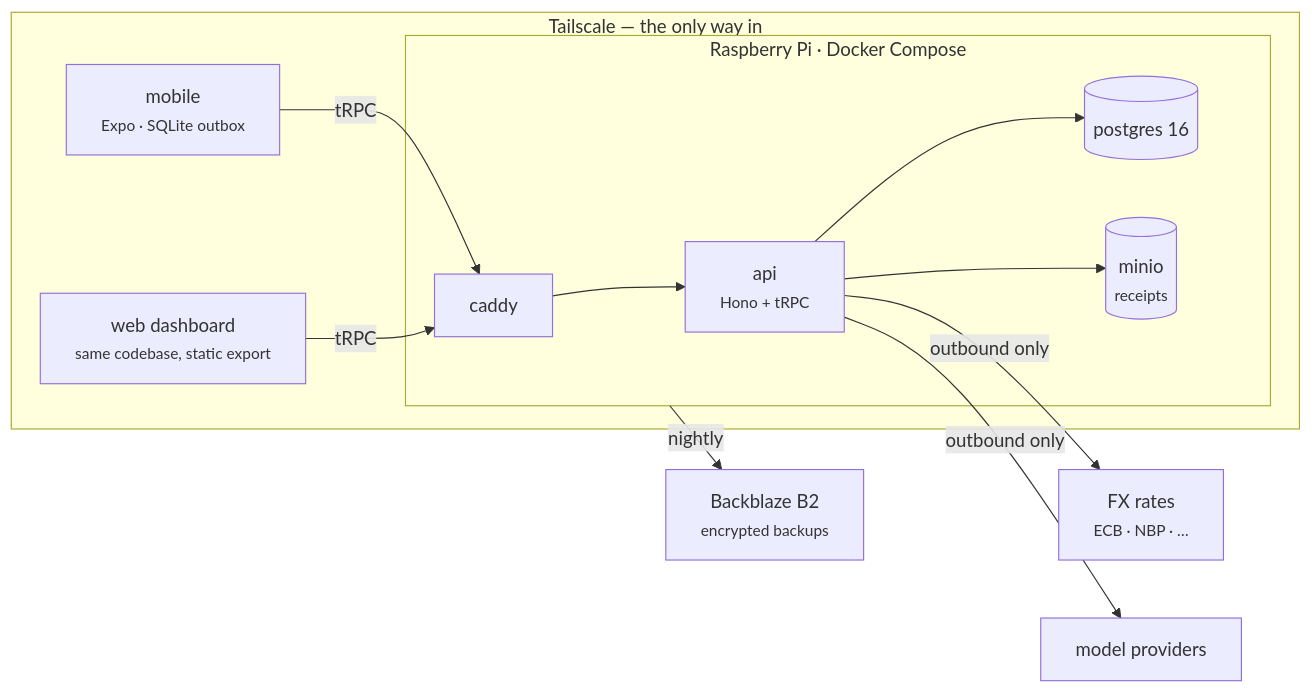
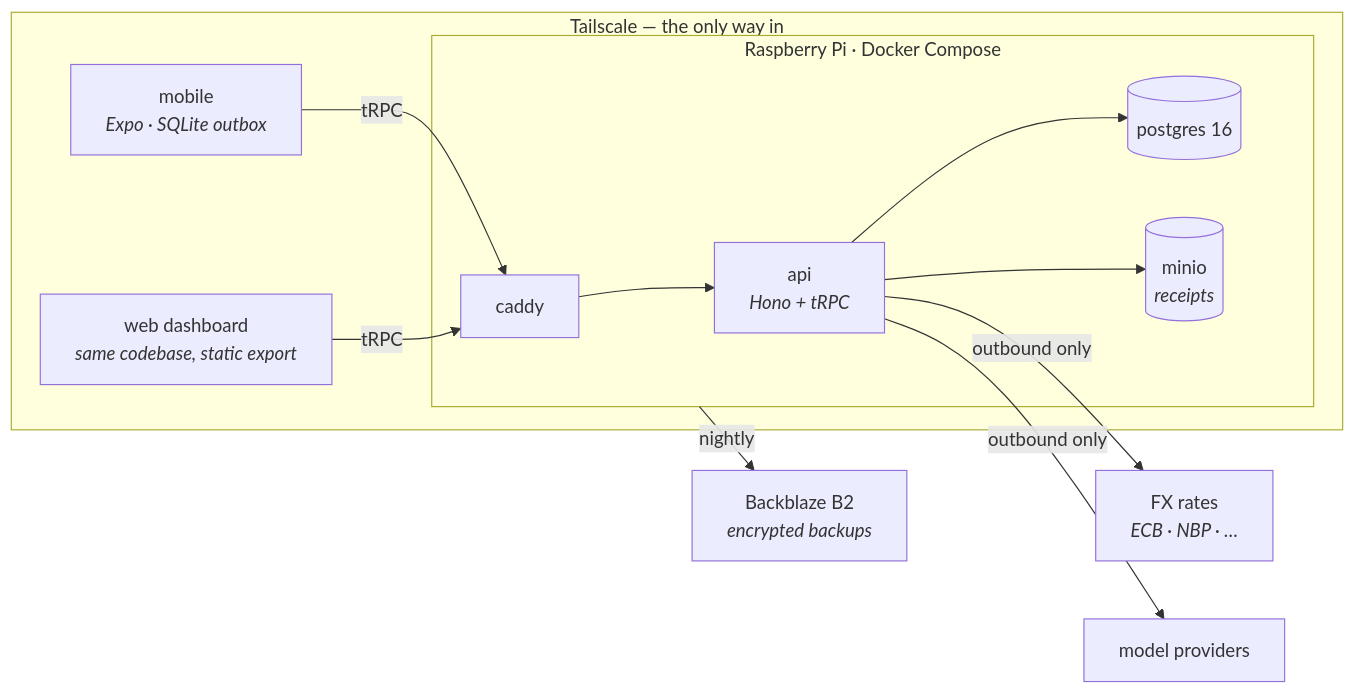
The diagram in README.md (VoltLightning/waltning), drawn with Mermaid before and after one commit. The commit also changed 15 other files, not shown here.

````diff
--- a/README.md
+++ b/README.md
@@ -34,21 +34,21 @@
 ```mermaid
 graph LR
     subgraph tailnet["Tailscale — the only way in"]
-        PHONE["mobile<br/><small>Expo · SQLite outbox</small>"]
-        WEB["web dashboard<br/><small>same codebase, static export</small>"]
+        PHONE["mobile<br/><i>Expo · SQLite outbox</i>"]
+        WEB["web dashboard<br/><i>same codebase, static export</i>"]
         subgraph pi["Raspberry Pi · Docker Compose"]
             CADDY["caddy"]
-            API["api<br/><small>Hono + tRPC</small>"]
+            API["api<br/><i>Hono + tRPC</i>"]
             PG[("postgres 16")]
-            MINIO[("minio<br/><small>receipts</small>")]
+            MINIO[("minio<br/><i>receipts</i>")]
         end
     end
-    FX["FX rates<br/><small>ECB · NBP · …</small>"]
+    FX["FX rates<br/><i>ECB · NBP · …</i>"]
     LLM["model providers"]
-    B2["Backblaze B2<br/><small>encrypted backups</small>"]
+    B2["Backblaze B2<br/><i>encrypted backups</i>"]
 
     PHONE & WEB -->|tRPC| CADDY --> API
     API --> PG & MINIO
     API -->|outbound only| FX & LLM
     pi -->|nightly| B2
 ```
````
